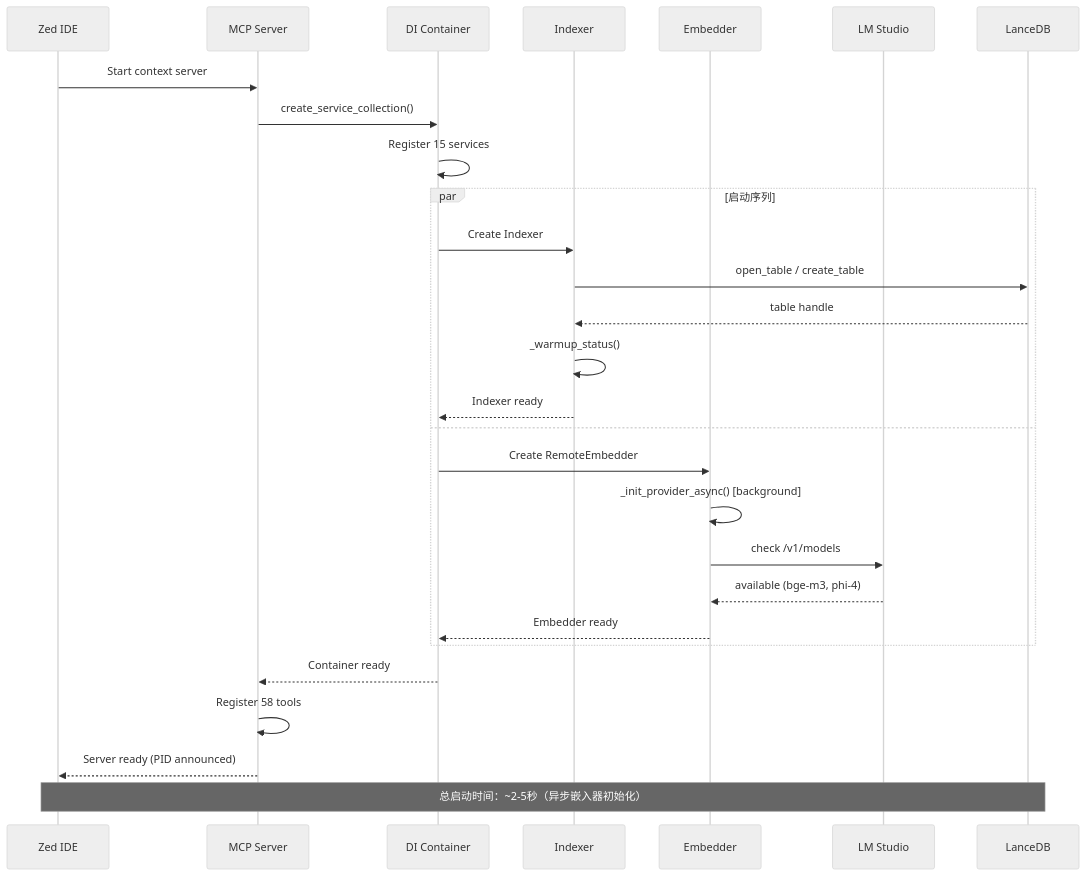
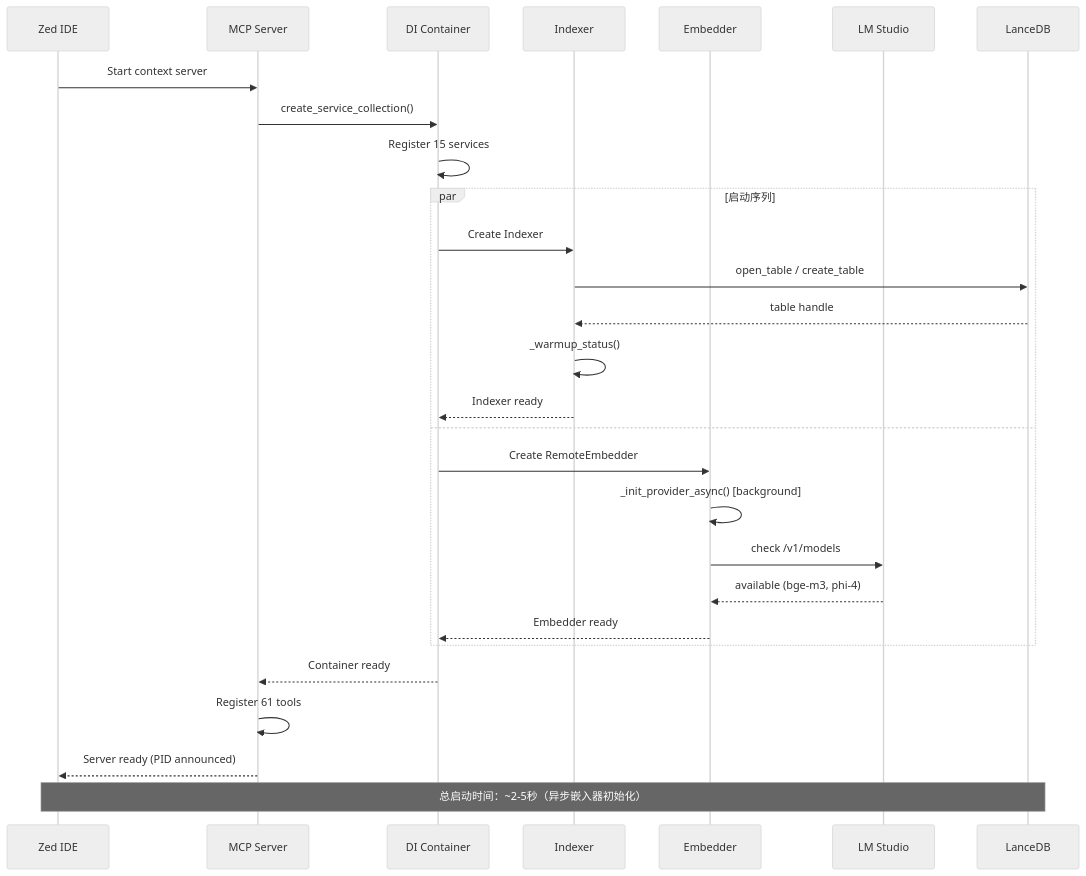
The fifth of 8 diagrams in docs/zh/ARCHITECTURE_DEEP.md (ManSio/mscodebase-intelligence), drawn with Mermaid (neutral theme) before and after one commit. The commit also changed other lines of this file and 30 other files, not shown here.

````diff
--- a/docs/zh/ARCHITECTURE_DEEP.md
+++ b/docs/zh/ARCHITECTURE_DEEP.md
@@ -178,34 +178,34 @@
 ```mermaid
 sequenceDiagram
     participant Zed as Zed IDE
     participant MCP as MCP Server
     participant DI as DI Container
     participant IX as Indexer
     participant EM as Embedder
     participant LM as LM Studio
     participant DB as LanceDB
 
     Zed->>MCP: Start context server
     MCP->>DI: create_service_collection()
     DI->>DI: Register 15 services
     
     par 启动序列
         DI->>IX: Create Indexer
         IX->>DB: open_table / create_table
         DB-->>IX: table handle
         IX->>IX: _warmup_status()
         IX-->>DI: Indexer ready
     and
         DI->>EM: Create RemoteEmbedder
         EM->>EM: _init_provider_async() [background]
         EM->>LM: check /v1/models
         LM-->>EM: available (bge-m3, phi-4)
         EM-->>DI: Embedder ready
     end
     
     DI-->>MCP: Container ready
-    MCP->>MCP: Register 58 tools
+    MCP->>MCP: Register 61 tools
     MCP-->>Zed: Server ready (PID announced)
     
     Note over Zed,DB: 总启动时间：~2-5秒（异步嵌入器初始化）
 ```
````
